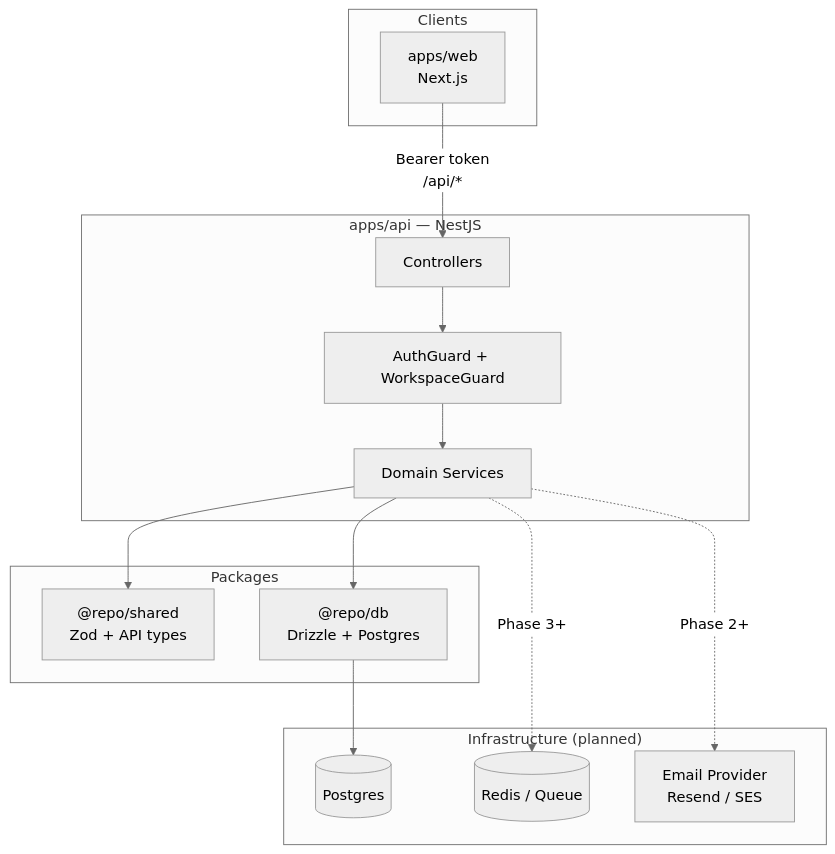
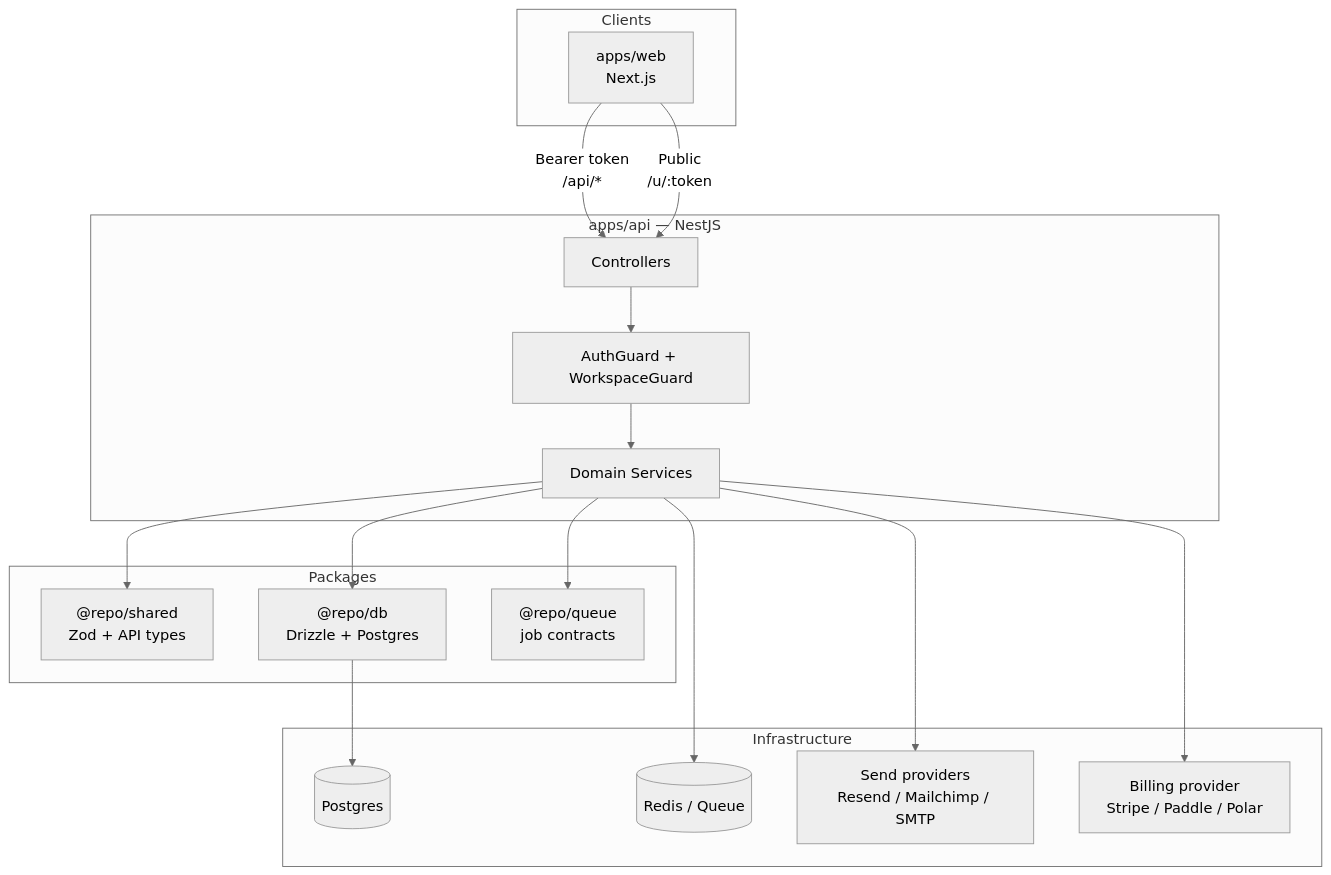
The first of 10 diagrams in docs/architecture-roadmap.md (bohdanchornopolskyi/impact-inbox), drawn with Mermaid (neutral theme) before and after one commit. The commit also changed other lines of this file and 7 other files, not shown here.

First line of the commit message:
refactor(docs): update architecture and context documentation for organization and workspace model

````diff
--- a/docs/architecture-roadmap.md
+++ b/docs/architecture-roadmap.md
@@ -24,31 +25,36 @@
 ```mermaid
 flowchart TB
   subgraph clients["Clients"]
     WEB["apps/web<br/>Next.js"]
   end
 
   subgraph api["apps/api — NestJS"]
     CTRL["Controllers"]
     GUARDS["AuthGuard + WorkspaceGuard"]
     SVC["Domain Services"]
     CTRL --> GUARDS --> SVC
   end
 
   subgraph packages["Packages"]
     SHARED["@repo/shared<br/>Zod + API types"]
     DB["@repo/db<br/>Drizzle + Postgres"]
+    QUEUE_PKG["@repo/queue<br/>job contracts"]
   end
 
-  subgraph infra["Infrastructure (planned)"]
+  subgraph infra["Infrastructure"]
   PG[(Postgres)]
   REDIS[(Redis / Queue)]
-  ESP[Email Provider<br/>Resend / SES]
+  ESP[Send providers<br/>Resend / Mailchimp / SMTP]
+  BILLING[Billing provider<br/>Stripe / Paddle / Polar]
   end
 
   WEB -->|"Bearer token<br/>/api/*"| CTRL
+  WEB -->|"Public<br/>/u/:token"| CTRL
   SVC --> SHARED
   SVC --> DB
+  SVC --> QUEUE_PKG
   DB --> PG
-  SVC -.->|"Phase 3+"| REDIS
-  SVC -.->|"Phase 2+"| ESP
+  SVC --> REDIS
+  SVC --> ESP
+  SVC --> BILLING
 ```
````
